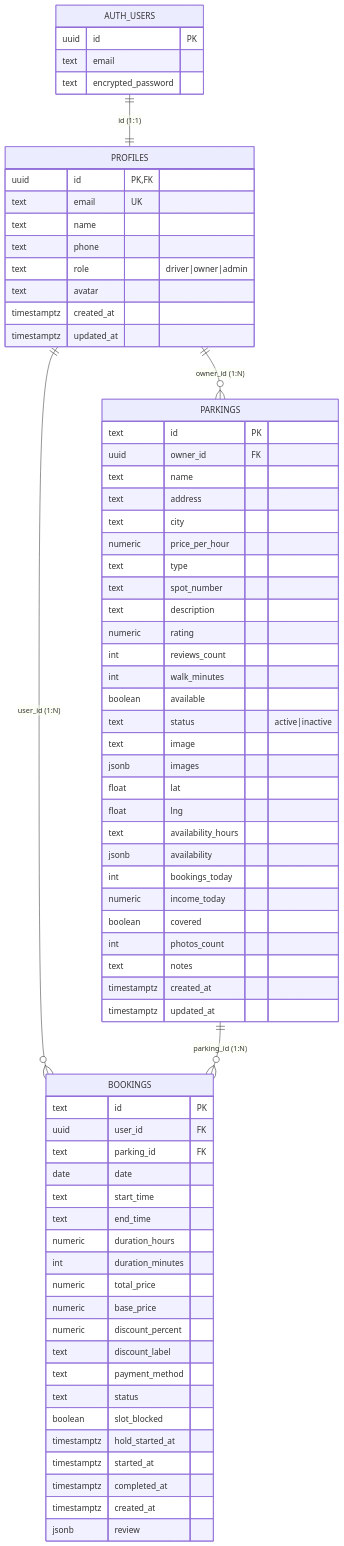
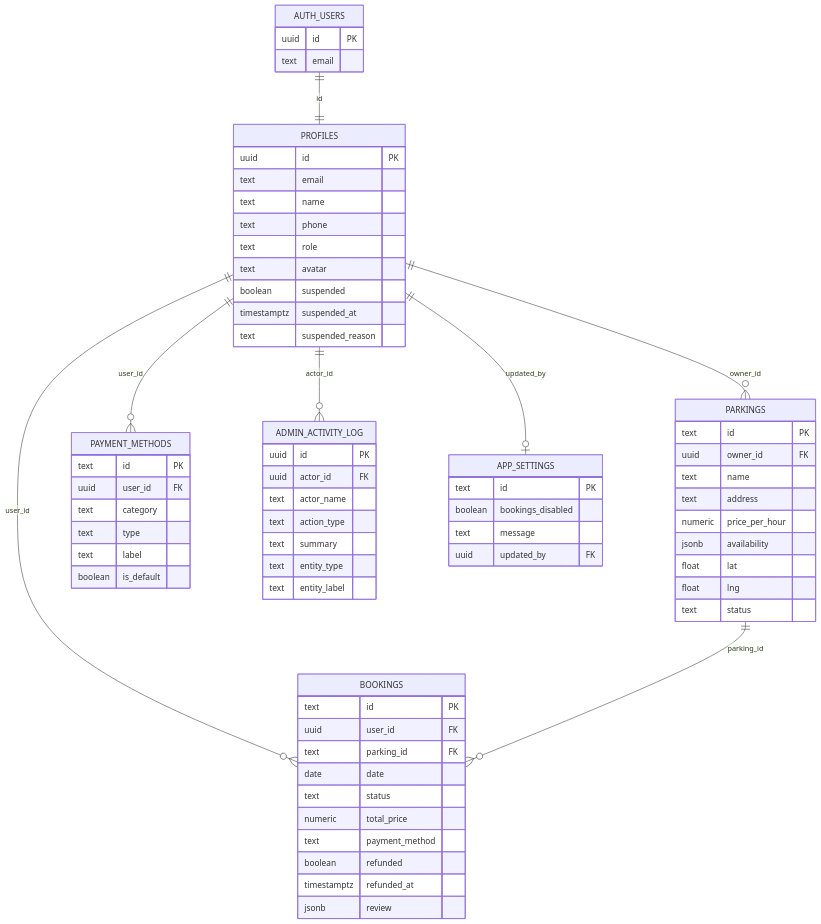
The diagram in docs/erd.md (danielyifrah/parkit-ono), drawn with Mermaid before and after one commit. The commit also changed other lines of this file and 4 other files, not shown here.

````diff
--- a/docs/erd.md
+++ b/docs/erd.md
@@ -13,77 +13,78 @@
 ```mermaid
 erDiagram
-    AUTH_USERS ||--|| PROFILES : "id (1:1)"
-    PROFILES ||--o{ PARKINGS : "owner_id (1:N)"
-    PROFILES ||--o{ BOOKINGS : "user_id (1:N)"
-    PARKINGS ||--o{ BOOKINGS : "parking_id (1:N)"
+    AUTH_USERS ||--|| PROFILES : "id"
+    PROFILES ||--o{ PARKINGS : "owner_id"
+    PROFILES ||--o{ BOOKINGS : "user_id"
+    PROFILES ||--o{ PAYMENT_METHODS : "user_id"
+    PROFILES ||--o{ ADMIN_ACTIVITY_LOG : "actor_id"
+    PROFILES ||--o| APP_SETTINGS : "updated_by"
+    PARKINGS ||--o{ BOOKINGS : "parking_id"
 
     AUTH_USERS {
         uuid id PK
         text email
-        text encrypted_password
     }
 
     PROFILES {
-        uuid id PK,FK
-        text email UK
+        uuid id PK
+        text email
         text name
         text phone
-        text role "driver|owner|admin"
+        text role
         text avatar
-        timestamptz created_at
-        timestamptz updated_at
+        boolean suspended
+        timestamptz suspended_at
+        text suspended_reason
     }
 
     PARKINGS {
         text id PK
         uuid owner_id FK
         text name
         text address
-        text city
         numeric price_per_hour
-        text type
-        text spot_number
-        text description
-        numeric rating
-        int reviews_count
-        int walk_minutes
-        boolean available
-        text status "active|inactive"
-        text image
-        jsonb images
+        jsonb availability
         float lat
         float lng
-        text availability_hours
-        jsonb availability
-        int bookings_today
-        numeric income_today
-        boolean covered
-        int photos_count
-        text notes
-        timestamptz created_at
-        timestamptz updated_at
+        text status
     }
 
     BOOKINGS {
         text id PK
         uuid user_id FK
         text parking_id FK
         date date
-        text start_time
-        text end_time
-        numeric duration_hours
-        int duration_minutes
+        text status
         numeric total_price
-        numeric base_price
-        numeric discount_percent
-        text discount_label
         text payment_method
-        text status
-        boolean slot_blocked
-        timestamptz hold_started_at
-        timestamptz started_at
-        timestamptz completed_at
-        timestamptz created_at
+        boolean refunded
+        timestamptz refunded_at
         jsonb review
     }
+
+    PAYMENT_METHODS {
+        text id PK
+        uuid user_id FK
+        text category
+        text type
+        text label
+        boolean is_default
+    }
+
+    APP_SETTINGS {
+        text id PK
+        boolean bookings_disabled
+        text message
+        uuid updated_by FK
+    }
+
+    ADMIN_ACTIVITY_LOG {
+        uuid id PK
+        uuid actor_id FK
+        text actor_name
+        text action_type
+        text summary
+        text entity_type
+        text entity_label
+    }
 ```
````
